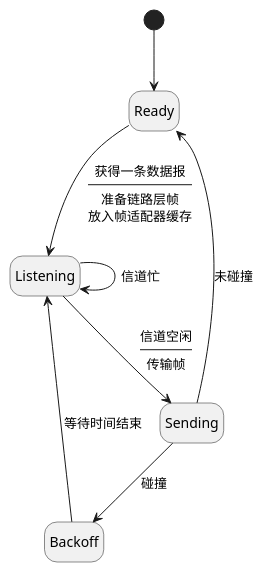
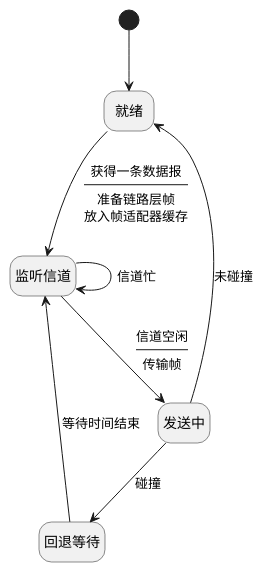
The second of 3 diagrams in chapter6.adoc (shichaoxia/computer-networking-a-top-down-approach), drawn with PlantUML before and after one commit. The commit also changed 1 other file, not shown here.

```diff
--- a/chapter6.adoc
+++ b/chapter6.adoc
@@ -91,13 +91,17 @@
 [plantuml, target=ch6-3b, format=svg]
 ....
 @startuml
 hide empty description
+state "就绪" as Ready
+state "监听信道" as Listening
+state "发送中" as Sending
+state "回退等待" as Backoff
 [*] --> Ready
 Ready --> Listening : 获得一条数据报\n----\n准备链路层帧\n放入帧适配器缓存
 Listening --> Sending : 信道空闲\n----\n传输帧
 Listening --> Listening : 信道忙
 Sending --> Ready : 未碰撞
 Sending --> Backoff : 碰撞
 Backoff --> Listening : 等待时间结束
 @enduml
 ....
```
